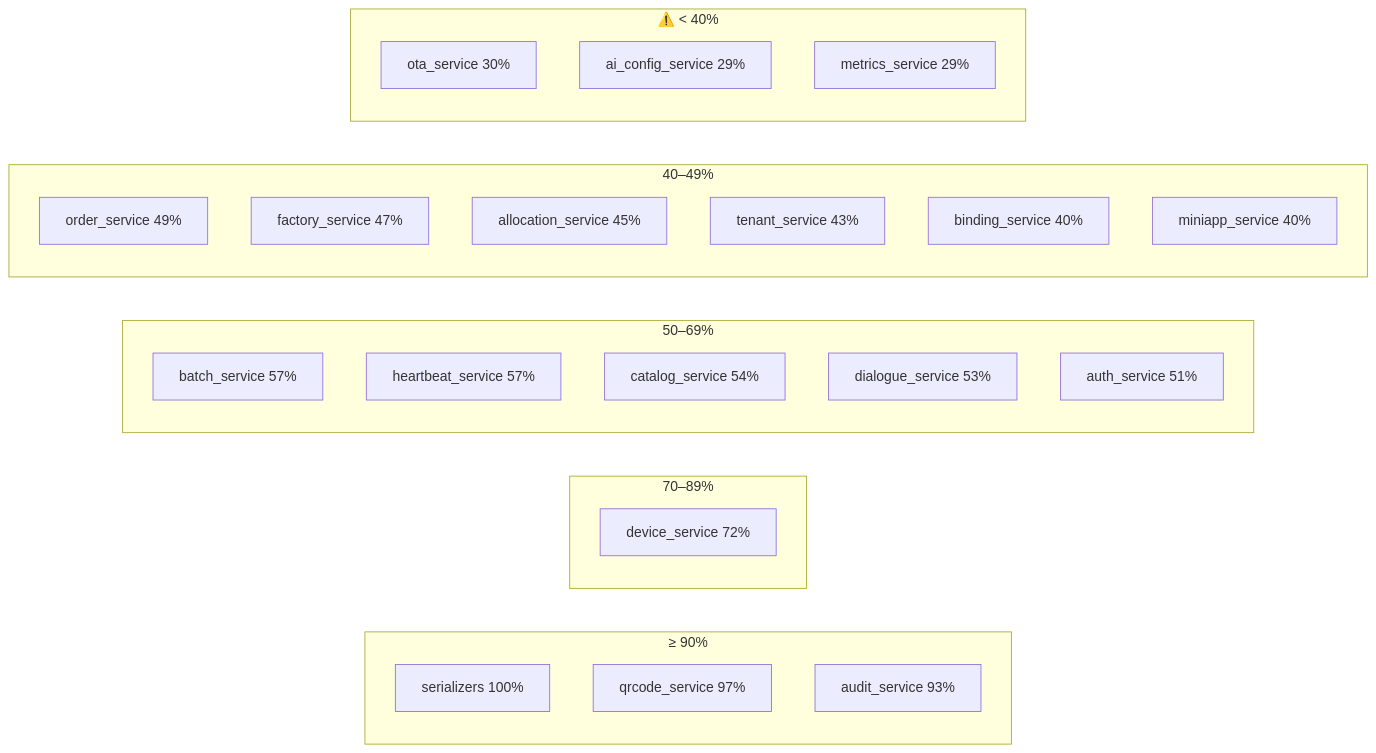
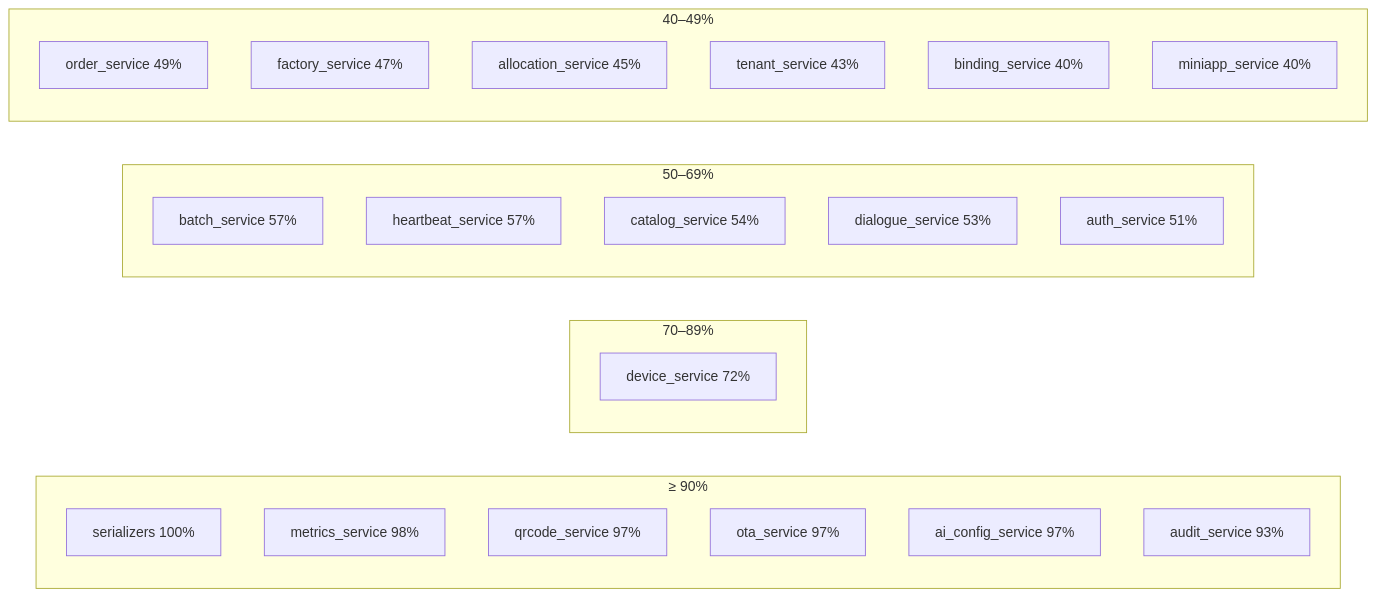
The second of 6 diagrams in docs/11-测试与质量保障.md (Peterwong666/ToyVerse-Cloud), drawn with Mermaid before and after one commit. The commit also changed other lines of this file and 6 other files, not shown here.

First line of the commit message:
test(services): backfill tests for ai_config/metrics/ota and raise coverage floor to 75

````diff
--- a/docs/11-测试与质量保障.md
+++ b/docs/11-测试与质量保障.md
@@ -144,31 +151,29 @@
 ```mermaid
 flowchart LR
     subgraph high["≥ 90%"]
         A1["serializers 100%"]
-        A2["qrcode_service 97%"]
-        A3["audit_service 93%"]
+        A2["metrics_service 98%"]
+        A3["qrcode_service 97%"]
+        A4["ota_service 97%"]
+        A5["ai_config_service 97%"]
+        A6["audit_service 93%"]
     end
     subgraph mid["70–89%"]
         B1["device_service 72%"]
     end
     subgraph mid2["50–69%"]
         C1["batch_service 57%"]
         C2["heartbeat_service 57%"]
         C3["catalog_service 54%"]
         C4["dialogue_service 53%"]
         C5["auth_service 51%"]
     end
     subgraph low["40–49%"]
         D1["order_service 49%"]
         D2["factory_service 47%"]
         D3["allocation_service 45%"]
         D4["tenant_service 43%"]
         D5["binding_service 40%"]
         D6["miniapp_service 40%"]
     end
-    subgraph lowest["⚠️ < 40%"]
-        E1["ota_service 30%"]
-        E2["ai_config_service 29%"]
-        E3["metrics_service 29%"]
-    end
 ```
````
